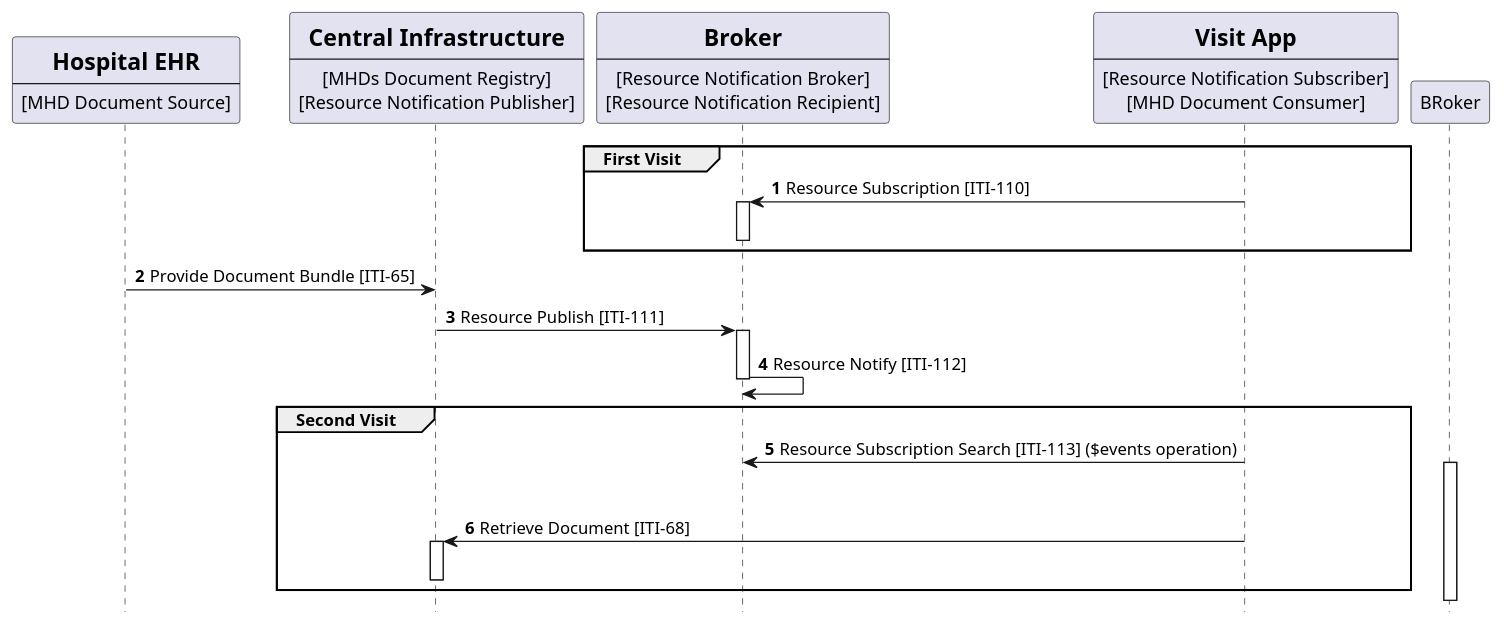
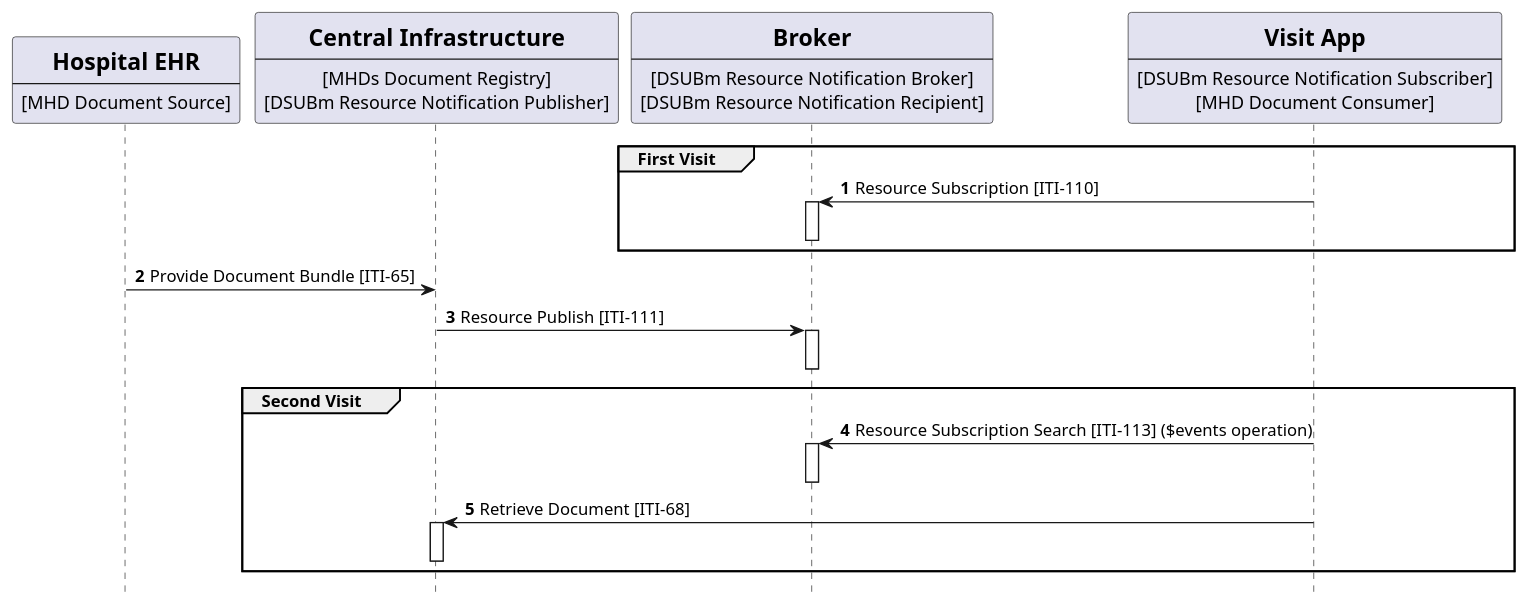
The diagram in input/images-source/usecase7-processflow.plantuml (IHE/ITI.DSUBm), drawn with PlantUML before and after one commit. The commit also changed 7 other files, not shown here.

Commit message:
update vol1 uml

```diff
--- a/input/images-source/usecase7-processflow.plantuml
+++ b/input/images-source/usecase7-processflow.plantuml
@@ -1,56 +1,55 @@
 @startuml
 skinparam svgDimensionStyle false
 hide footbox
 
 /'title "Subscription with DSUBm on MHDs infrastructure with pull notification" '/
 participant HospitalEHR [
     = Hospital EHR
     ----
     [MHD Document Source]
 ] 
 
 participant MHDsDocumentRegistry [
     =Central Infrastructure
     ----
     [MHDs Document Registry]
-    [Resource Notification Publisher]
+    [DSUBm Resource Notification Publisher]
 ] 
 
 participant Broker[
     = Broker
     ----
-    [Resource Notification Broker]
-    [Resource Notification Recipient]
+    [DSUBm Resource Notification Broker]
+    [DSUBm Resource Notification Recipient]
 ]
 
 participant App [
     = Visit App
     ----
-    [Resource Notification Subscriber]
+    [DSUBm Resource Notification Subscriber]
     [MHD Document Consumer]
 ] 
 
 autonumber "<b>"
 group First Visit
   App -> Broker:   Resource Subscription [ITI-110]
   activate Broker
   deactivate Broker
 end
 HospitalEHR -> MHDsDocumentRegistry:  Provide Document Bundle [ITI-65]
 MHDsDocumentRegistry -> Broker : Resource Publish [ITI-111]
 activate Broker
-Broker -> Broker : Resource Notify [ITI-112]
 deactivate Broker
 
 
 group Second Visit
   App -> Broker: Resource Subscription Search [ITI-113] ($events operation)
-  activate BRoker
-  deactivate MHDsDocumentRegistry
+  activate Broker
+  deactivate Broker
   App -> MHDsDocumentRegistry: Retrieve Document [ITI-68]
   activate MHDsDocumentRegistry
   deactivate MHDsDocumentRegistry
 end
 
 
 @enduml
```
